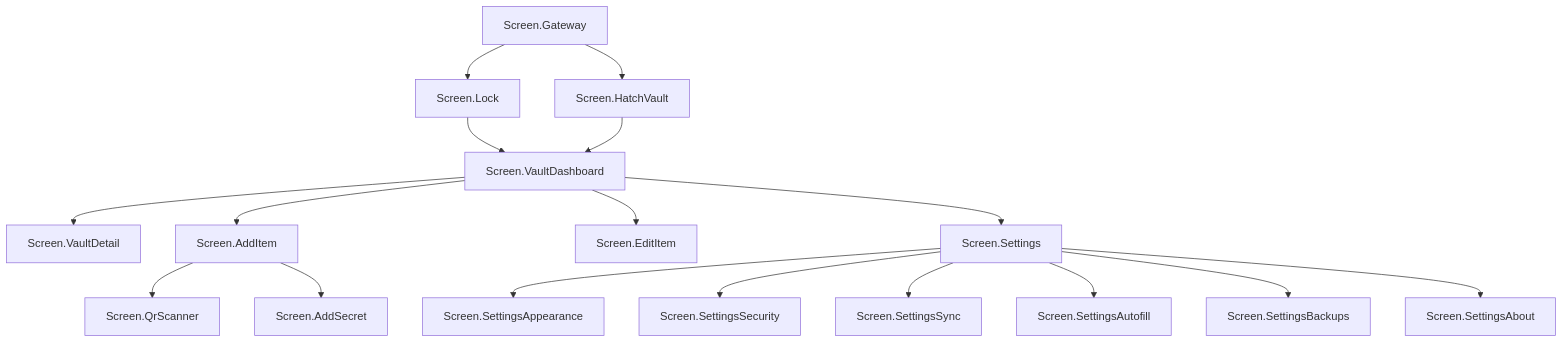
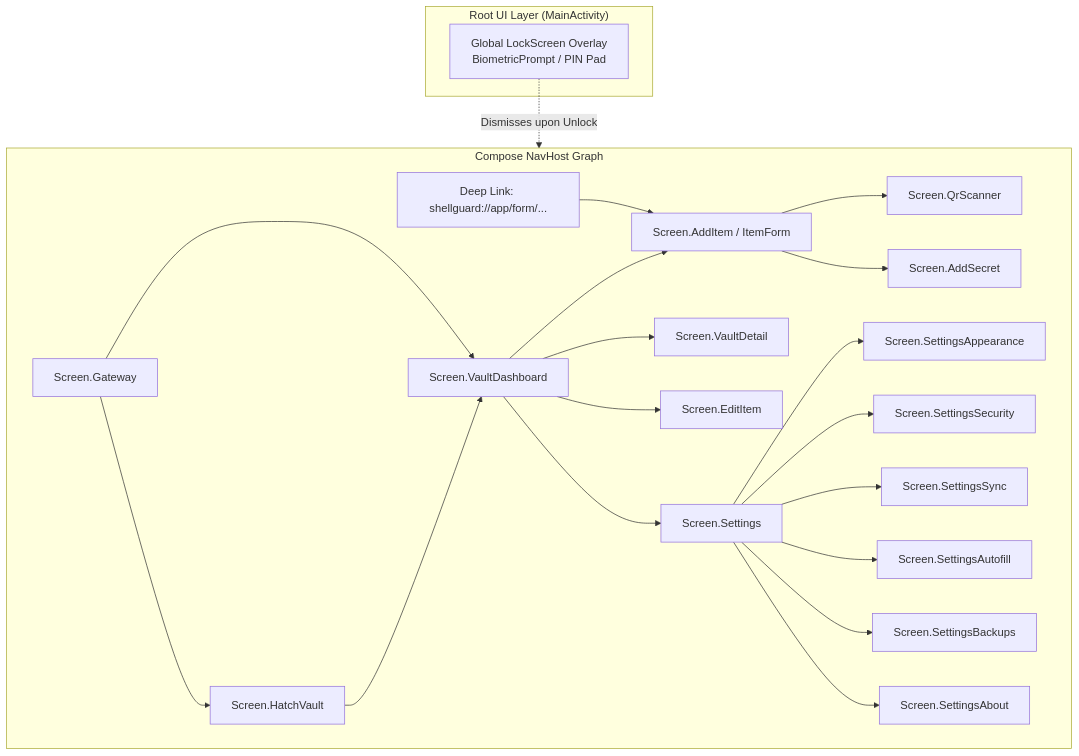
Before and after one commit to ClawStackStudios/ShellGuard-Mobile: the diagram in project/ui-ux-design-system.md, drawn with Mermaid. The commit also changed other lines of this file and 13 other files, not shown here.

````diff
--- a/project/ui-ux-design-system.md
+++ b/project/ui-ux-design-system.md
@@ -158,22 +161,31 @@
 ```mermaid
 graph TD
-    A[Screen.Gateway] --> B[Screen.Lock]
-    A --> C[Screen.HatchVault]
-    B --> D[Screen.VaultDashboard]
-    C --> D
-    
-    D --> E[Screen.VaultDetail]
-    D --> F[Screen.AddItem]
-    D --> G[Screen.EditItem]
-    
-    F --> H[Screen.QrScanner]
-    F --> I[Screen.AddSecret]
-    
-    D --> J[Screen.Settings]
-    J --> K[Screen.SettingsAppearance]
-    J --> L[Screen.SettingsSecurity]
-    J --> M[Screen.SettingsSync]
-    J --> N[Screen.SettingsAutofill]
-    J --> O[Screen.SettingsBackups]
-    J --> P[Screen.SettingsAbout]
+    subgraph GlobalOverlay ["Root UI Layer (MainActivity)"]
+        Lock[Global LockScreen Overlay<br/>BiometricPrompt / PIN Pad]
+    end
+
+    subgraph NavHostFlow ["Compose NavHost Graph"]
+        A[Screen.Gateway] --> C[Screen.HatchVault]
+        A --> D[Screen.VaultDashboard]
+        C --> D
+        
+        DeepLink["Deep Link: shellguard://app/form/..."] --> F[Screen.AddItem / ItemForm]
+
+        D --> E[Screen.VaultDetail]
+        D --> F
+        D --> G[Screen.EditItem]
+        
+        F --> H[Screen.QrScanner]
+        F --> I[Screen.AddSecret]
+        
+        D --> J[Screen.Settings]
+        J --> K[Screen.SettingsAppearance]
+        J --> L[Screen.SettingsSecurity]
+        J --> M[Screen.SettingsSync]
+        J --> N[Screen.SettingsAutofill]
+        J --> O[Screen.SettingsBackups]
+        J --> P[Screen.SettingsAbout]
+    end
+
+    Lock -.->|Dismisses upon Unlock| NavHostFlow
 ```
````
